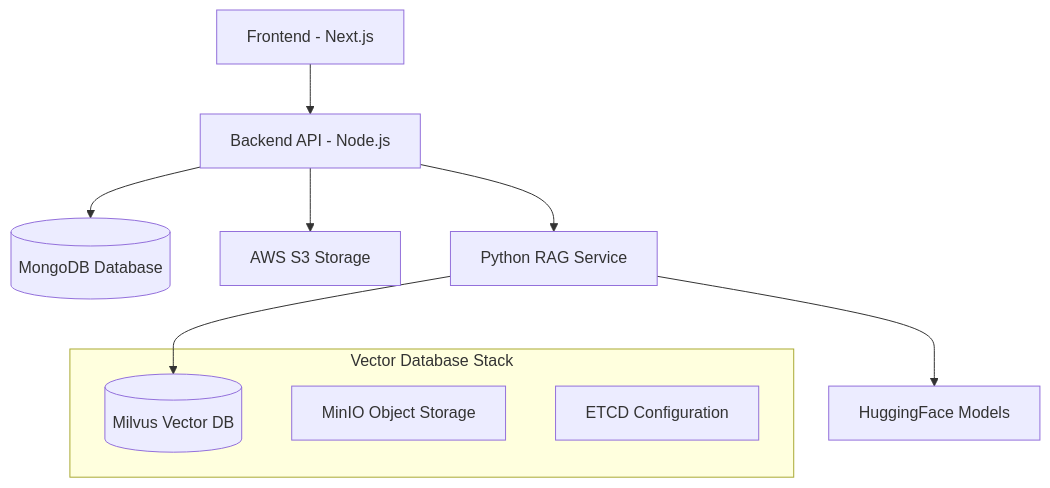
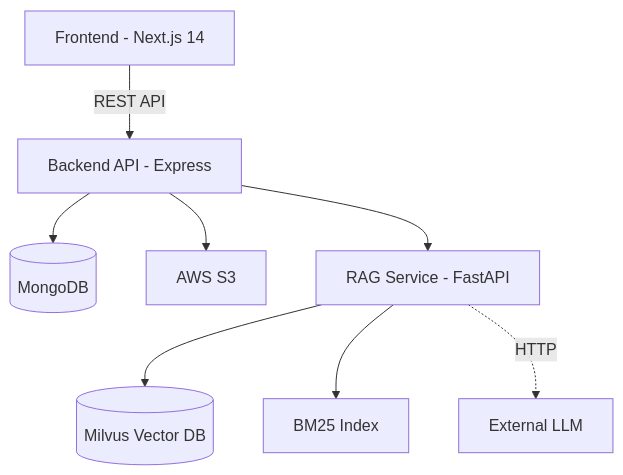
The diagram in README.md (jCool10/capstone-project), drawn with Mermaid before and after one commit. The commit also changed other lines of this file and 9 other files, not shown here.

First line of the commit message:
Add project overview, roadmap, and system architecture documentation

````diff
--- a/README.md
+++ b/README.md
@@ -7,15 +7,19 @@
 ```mermaid
 graph TB
-    Client[Frontend - Next.js] --> NodeAPI[Backend API - Node.js]
-    NodeAPI --> MongoDB[(MongoDB Database)]
-    NodeAPI --> S3[AWS S3 Storage]
-    NodeAPI --> PythonRAG[Python RAG Service]
-    PythonRAG --> Milvus[(Milvus Vector DB)]
-    PythonRAG --> HuggingFace[HuggingFace Models]
+    Client[Frontend - Next.js 14]
+    API[Backend API - Express]
+    Mongo[(MongoDB)]
+    S3[AWS S3]
+    RAG[RAG Service - FastAPI]
+    Milvus[(Milvus Vector DB)]
+    BM25[BM25 Index]
+    LLM[External LLM]
 
-    subgraph "Vector Database Stack"
-        Milvus
-        MinIO[MinIO Object Storage]
-        ETCD[ETCD Configuration]
-    end
+    Client -->|REST API| API
+    API --> Mongo
+    API --> S3
+    API --> RAG
+    RAG --> Milvus
+    RAG --> BM25
+    RAG -.->|HTTP| LLM
 ```
````
